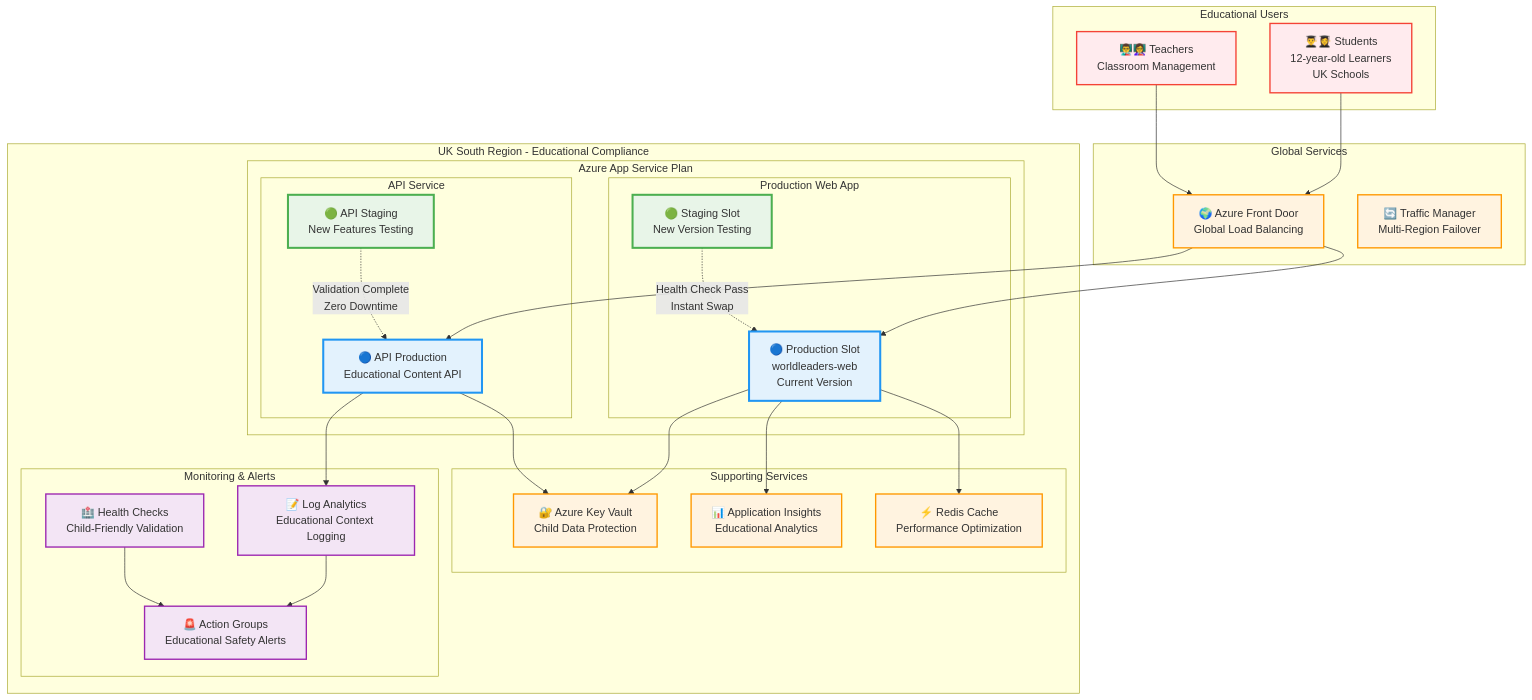
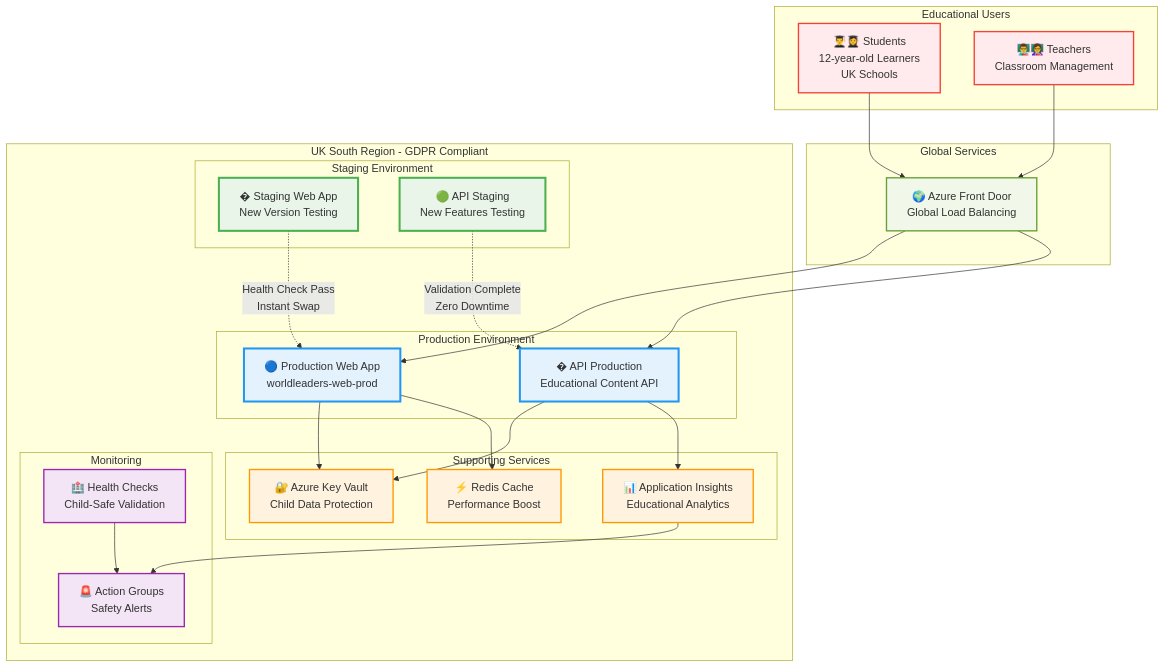
The fourth of 4 diagrams in docs/_posts/2025-08-08-zero-downtime-blue-green-deployment-educational-platforms.md (victorsaly/WorldLeadersGame), drawn with Mermaid before and after one commit. The commit also changed other lines of this file, not shown here.

First line of the commit message:
📊 Fix and improve Mermaid diagrams in blue-green deployment blog post

````diff
--- a/docs/_posts/2025-08-08-zero-downtime-blue-green-deployment-educational-platforms.md
+++ b/docs/_posts/2025-08-08-zero-downtime-blue-green-deployment-educational-platforms.md
@@ -184,67 +198,64 @@
 ```mermaid
 graph TB
-    subgraph "UK South Region - Educational Compliance"
-        subgraph "Azure App Service Plan"
-            subgraph "Production Web App"
-                PROD[🔵 Production Slot<br/>worldleaders-web<br/>Current Version]
-                STAGE[🟢 Staging Slot<br/>New Version Testing]
-            end
-            
-            subgraph "API Service"
-                API_PROD[🔵 API Production<br/>Educational Content API]
-                API_STAGE[🟢 API Staging<br/>New Features Testing]
-            end
+    subgraph "Educational Users"
+        STUDENTS[👨‍🎓👩‍🎓 Students<br/>12-year-old Learners<br/>UK Schools]
+        TEACHERS[👨‍🏫👩‍🏫 Teachers<br/>Classroom Management]
+    end
+    
+    subgraph "Global Services"
+        FD[🌍 Azure Front Door<br/>Global Load Balancing]
+    end
+    
+    subgraph "UK South Region - GDPR Compliant"
+        subgraph "Production Environment"
+            PROD[🔵 Production Web App<br/>worldleaders-web-prod]
+            API_PROD[� API Production<br/>Educational Content API]
+        end
+        
+        subgraph "Staging Environment"
+            STAGE[� Staging Web App<br/>New Version Testing]
+            API_STAGE[🟢 API Staging<br/>New Features Testing]
         end
         
         subgraph "Supporting Services"
             KV[🔐 Azure Key Vault<br/>Child Data Protection]
             AI[📊 Application Insights<br/>Educational Analytics]
-            REDIS[⚡ Redis Cache<br/>Performance Optimization]
+            REDIS[⚡ Redis Cache<br/>Performance Boost]
         end
         
-        subgraph "Monitoring & Alerts"
-            LOG[📝 Log Analytics<br/>Educational Context Logging]
-            ALERT[🚨 Action Groups<br/>Educational Safety Alerts]
-            HEALTH[🏥 Health Checks<br/>Child-Friendly Validation]
+        subgraph "Monitoring"
+            HEALTH[🏥 Health Checks<br/>Child-Safe Validation]
+            ALERT[🚨 Action Groups<br/>Safety Alerts]
         end
     end
     
-    subgraph "Global Services"
-        FD[🌍 Azure Front Door<br/>Global Load Balancing]
-        TM[🔄 Traffic Manager<br/>Multi-Region Failover]
-    end
-    
-    subgraph "Educational Users"
-        STUDENTS[👨‍🎓👩‍🎓 Students<br/>12-year-old Learners<br/>UK Schools]
-        TEACHERS[👨‍🏫👩‍🏫 Teachers<br/>Classroom Management]
-    end
-    
+    STUDENTS --> FD
+    TEACHERS --> FD
     FD --> PROD
     FD --> API_PROD
+    
     PROD --> KV
     PROD --> REDIS
     API_PROD --> KV
+    API_PROD --> AI
     
     STAGE -.->|Health Check Pass<br/>Instant Swap| PROD
     API_STAGE -.->|Validation Complete<br/>Zero Downtime| API_PROD
     
-    PROD --> AI
-    API_PROD --> LOG
-    LOG --> ALERT
     HEALTH --> ALERT
+    AI --> ALERT
     
-    STUDENTS --> FD
-    TEACHERS --> FD
-    
+    classDef users fill:#ffebee,stroke:#f44336,stroke-width:2px
+    classDef global fill:#f1f8e9,stroke:#689f38,stroke-width:2px
     classDef production fill:#e3f2fd,stroke:#2196f3,stroke-width:3px
     classDef staging fill:#e8f5e8,stroke:#4caf50,stroke-width:3px
     classDef services fill:#fff3e0,stroke:#ff9800,stroke-width:2px
     classDef monitoring fill:#f3e5f5,stroke:#9c27b0,stroke-width:2px
-    classDef users fill:#ffebee,stroke:#f44336,stroke-width:2px
     
+    class STUDENTS,TEACHERS users
+    class FD global
     class PROD,API_PROD production
     class STAGE,API_STAGE staging
-    class KV,AI,REDIS,FD,TM services
-    class LOG,ALERT,HEALTH monitoring
-    class STUDENTS,TEACHERS users
+    class KV,AI,REDIS services
+    class HEALTH,ALERT monitoring
 ```
````
